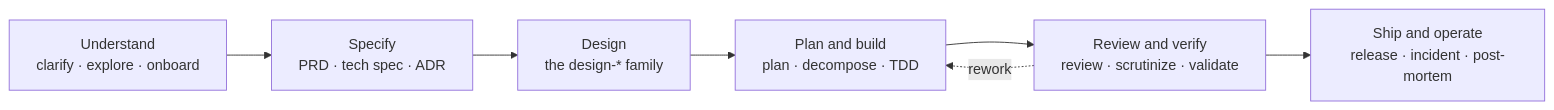
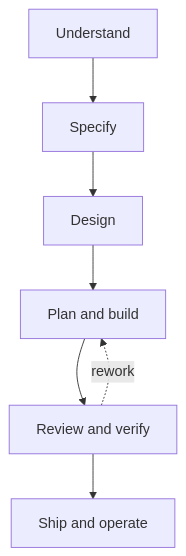
The first of 2 diagrams in README.md (brandonburrus/.claude), drawn with Mermaid before and after one commit. The commit also changed other lines of this file, not shown here.

Commit message:
docs: switch README diagrams to top-down

````diff
--- a/README.md
+++ b/README.md
@@ -11,11 +11,5 @@
 ```mermaid
-flowchart LR
-  U["Understand<br/>clarify · explore · onboard"]
-  S["Specify<br/>PRD · tech spec · ADR"]
-  D["Design<br/>the design-* family"]
-  B["Plan and build<br/>plan · decompose · TDD"]
-  V["Review and verify<br/>review · scrutinize · validate"]
-  O["Ship and operate<br/>release · incident · post-mortem"]
-  U --> S --> D --> B --> V --> O
+flowchart TD
+  U[Understand] --> S[Specify] --> D[Design] --> B[Plan and build] --> V[Review and verify] --> O[Ship and operate]
   V -. rework .-> B
 ```
````
